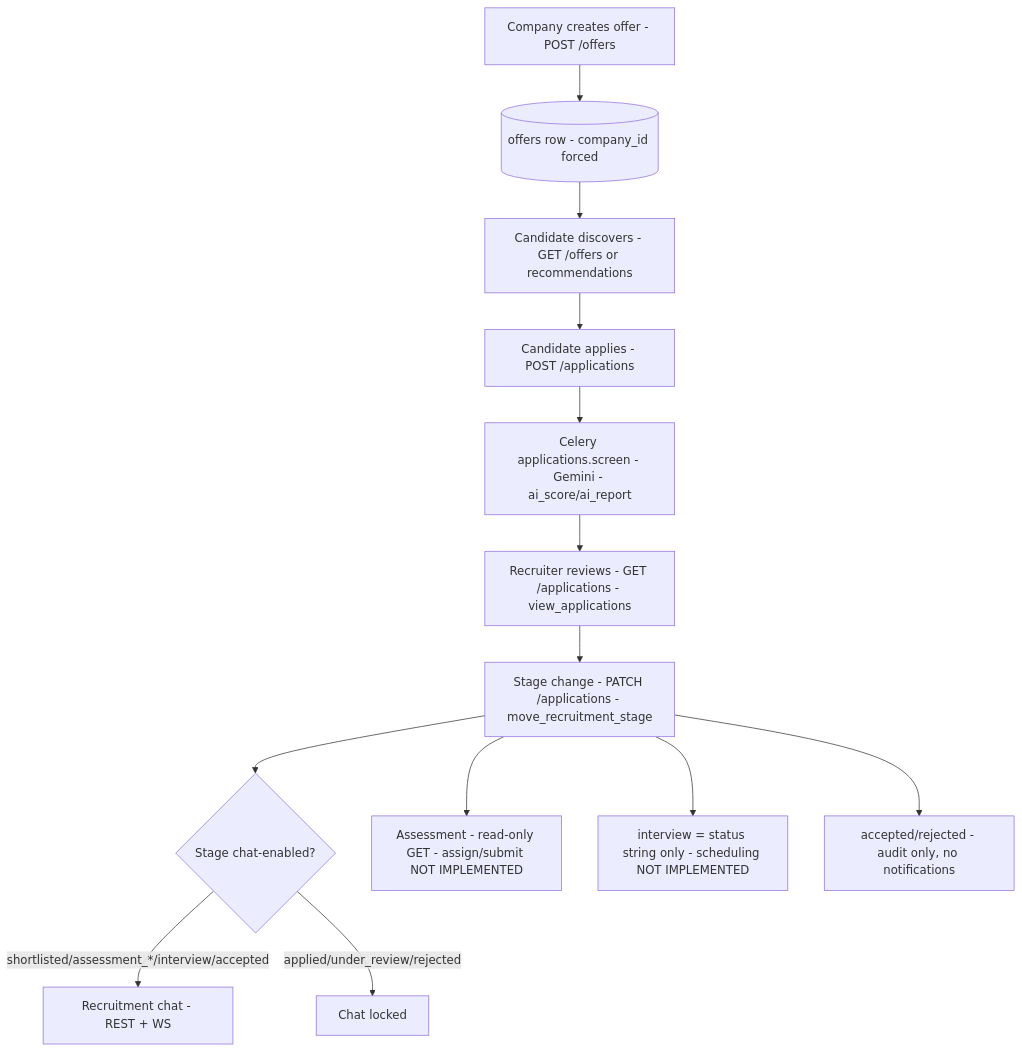
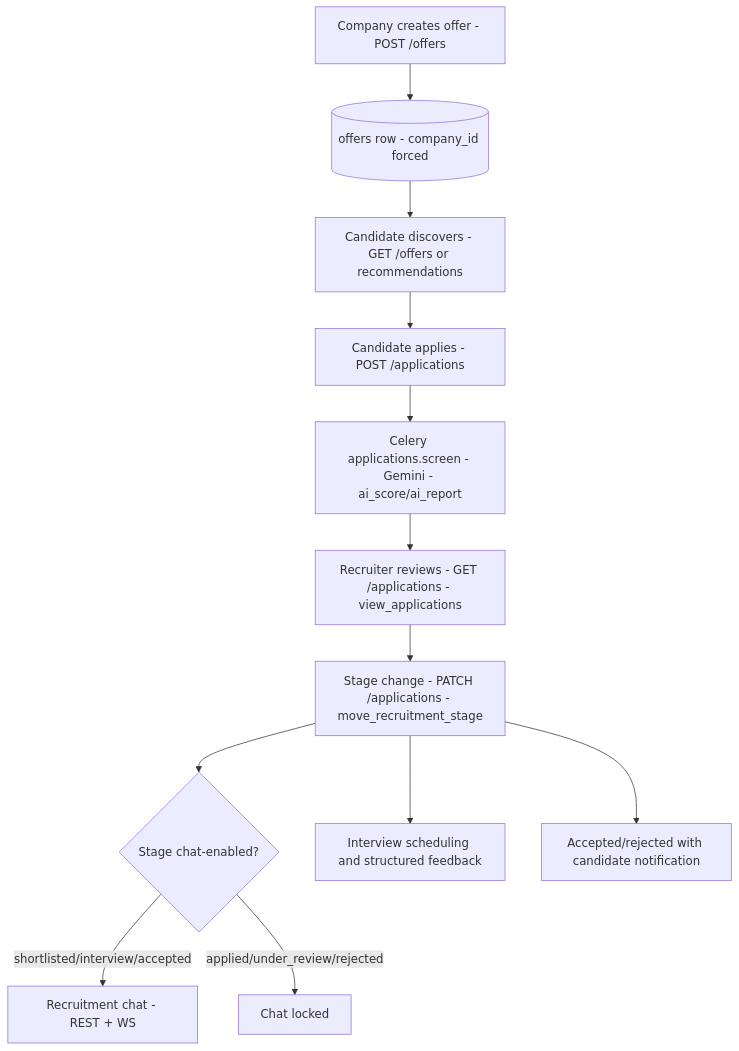
The fifth of 9 diagrams in README.md (aelasefa/coditent), drawn with Mermaid before and after one commit. The commit also changed other lines of this file and 69 other files, not shown here.

````diff
--- a/README.md
+++ b/README.md
@@ -715,15 +703,14 @@
 ```mermaid
 flowchart TD
     Create[Company creates offer - POST /offers] --> Store[(offers row - company_id forced)]
     Store --> Discover[Candidate discovers - GET /offers or recommendations]
     Discover --> Apply[Candidate applies - POST /applications]
     Apply --> Screen[Celery applications.screen - Gemini - ai_score/ai_report]
     Screen --> Review[Recruiter reviews - GET /applications - view_applications]
     Review --> Stage[Stage change - PATCH /applications - move_recruitment_stage]
     Stage --> Chat{Stage chat-enabled?}
-    Chat -->|shortlisted/assessment_*/interview/accepted| Talk[Recruitment chat - REST + WS]
+    Chat -->|shortlisted/interview/accepted| Talk[Recruitment chat - REST + WS]
     Chat -->|applied/under_review/rejected| Locked[Chat locked]
-    Stage --> Assess[Assessment - read-only GET - assign/submit NOT IMPLEMENTED]
-    Stage --> Interview[interview = status string only - scheduling NOT IMPLEMENTED]
-    Stage --> Hire[accepted/rejected - audit only, no notifications]
+    Stage --> Interview[Interview scheduling and structured feedback]
+    Stage --> Hire[Accepted/rejected with candidate notification]
 ```
````
